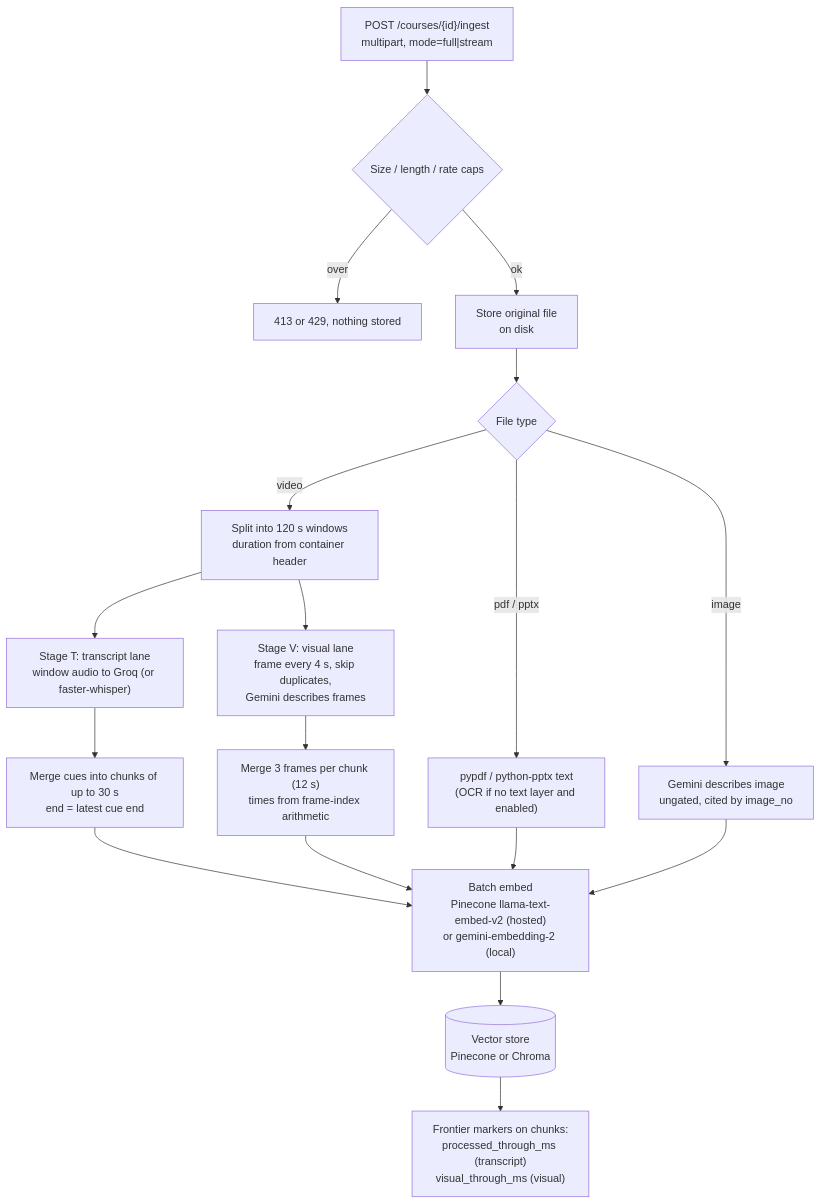
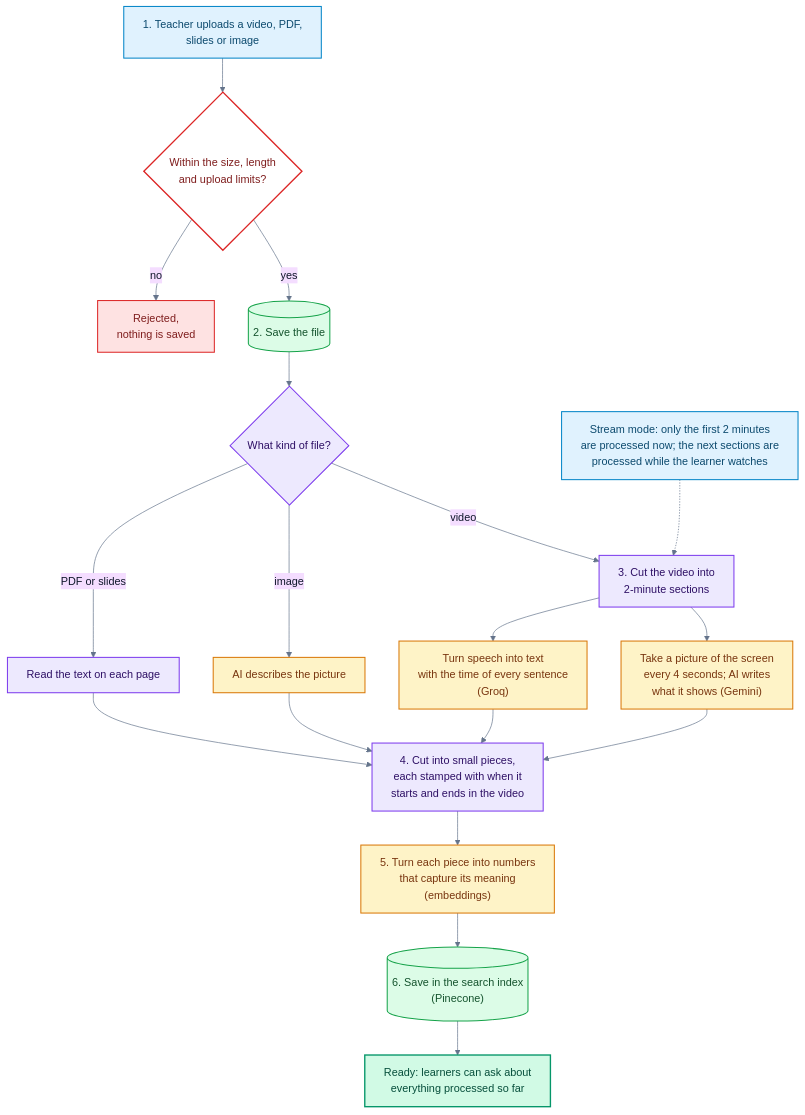
The third of 9 diagrams in submission/ARCHITECTURE.md (Nanu69-batman/ailearn), drawn with Mermaid before and after one commit. The commit also changed other lines of this file and 23 other files, not shown here.

First line of the commit message:
docs(submission): plain-language diagrams, Developer view, current numbers

````diff
--- a/submission/ARCHITECTURE.md
+++ b/submission/ARCHITECTURE.md
@@ -73,20 +137,29 @@
 ```mermaid
+%%{init: {"theme": "base", "fontFamily": "Arial, Helvetica, sans-serif", "themeVariables": {"fontSize": "16px", "fontFamily": "Arial, Helvetica, sans-serif", "lineColor": "#64748b", "primaryTextColor": "#0f172a"}, "flowchart": {"curve": "basis", "padding": 14, "wrappingWidth": 340}}}%%
 flowchart TD
-  UP["POST /courses/{id}/ingest<br/>multipart, mode=full|stream"] --> CAP{"Size / length / rate caps"}
-  CAP -->|"over"| E413["413 or 429, nothing stored"]
-  CAP -->|"ok"| ST["Store original file<br/>on disk"]
-  ST --> KIND{"File type"}
-  KIND -->|"pdf / pptx"| DOC["pypdf / python-pptx text<br/>(OCR if no text layer and enabled)"]
-  KIND -->|"image"| IMG["Gemini describes image<br/>ungated, cited by image_no"]
-  KIND -->|"video"| WIN["Split into 120 s windows<br/>duration from container header"]
-  WIN --> T["Stage T: transcript lane<br/>window audio to Groq (or faster-whisper)"]
-  WIN --> V["Stage V: visual lane<br/>frame every 4 s, skip duplicates,<br/>Gemini describes frames"]
-  T --> CT["Merge cues into chunks of up to 30 s<br/>end = latest cue end"]
-  V --> CV["Merge 3 frames per chunk (12 s)<br/>times from frame-index arithmetic"]
-  CT --> EMB["Batch embed<br/>Pinecone llama-text-embed-v2 (hosted)<br/>or gemini-embedding-2 (local)"]
-  CV --> EMB
-  DOC --> EMB
-  IMG --> EMB
-  EMB --> VS[("Vector store<br/>Pinecone or Chroma")]
-  VS --> FR["Frontier markers on chunks:<br/>processed_through_ms (transcript)<br/>visual_through_ms (visual)"]
+  UP["1. Teacher uploads a video, PDF,<br/>slides or image"]:::person --> CAP{"Within the size, length<br/>and upload limits?"}:::check
+  CAP -->|"no"| REJ["Rejected,<br/>nothing is saved"]:::stop
+  CAP -->|"yes"| SAVE[("2. Save the file")]:::store
+  SAVE --> KIND{"What kind of file?"}:::server
+  KIND -->|"PDF or slides"| DOC["Read the text on each page"]:::server
+  KIND -->|"image"| IMG["AI describes the picture"]:::ai
+  KIND -->|"video"| WIN["3. Cut the video into<br/>2-minute sections"]:::server
+  WIN --> T["Turn speech into text<br/>with the time of every sentence<br/>(Groq)"]:::ai
+  WIN --> V["Take a picture of the screen<br/>every 4 seconds; AI writes<br/>what it shows (Gemini)"]:::ai
+  T --> CH["4. Cut into small pieces,<br/>each stamped with when it<br/>starts and ends in the video"]:::server
+  V --> CH
+  DOC --> CH
+  IMG --> CH
+  CH --> EMB["5. Turn each piece into numbers<br/>that capture its meaning<br/>(embeddings)"]:::ai
+  EMB --> IDX[("6. Save in the search index<br/>(Pinecone)")]:::store
+  IDX --> READY["Ready: learners can ask about<br/>everything processed so far"]:::good
+  STREAM["Stream mode: only the first 2 minutes<br/>are processed now; the next sections are<br/>processed while the learner watches"]:::person -.-> WIN
+
+  classDef person fill:#e0f2fe,stroke:#0284c7,color:#0c4a6e,stroke-width:1.5px
+  classDef server fill:#ede9fe,stroke:#7c3aed,color:#2e1065,stroke-width:1.5px
+  classDef ai fill:#fef3c7,stroke:#d97706,color:#78350f,stroke-width:1.5px
+  classDef store fill:#dcfce7,stroke:#16a34a,color:#14532d,stroke-width:1.5px
+  classDef check fill:#ffffff,stroke:#dc2626,color:#7f1d1d,stroke-width:2px
+  classDef good fill:#d1fae5,stroke:#059669,color:#064e3b,stroke-width:2px
+  classDef stop fill:#fee2e2,stroke:#dc2626,color:#7f1d1d,stroke-width:1.5px
 ```
````
